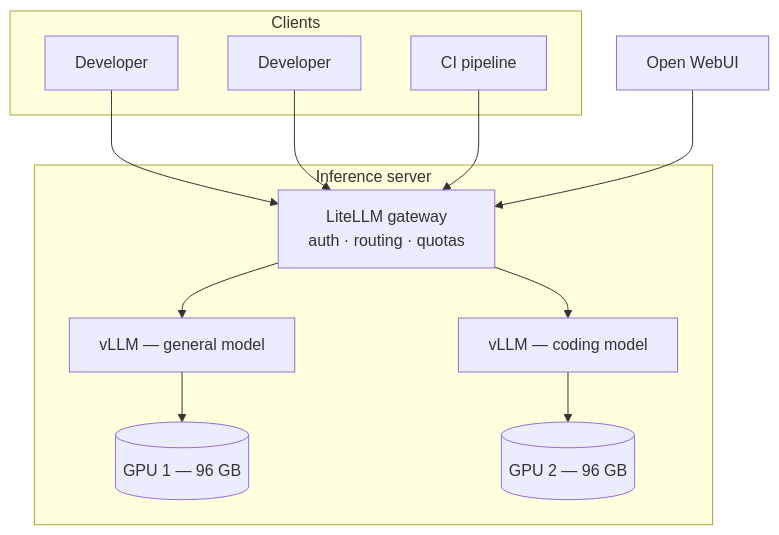
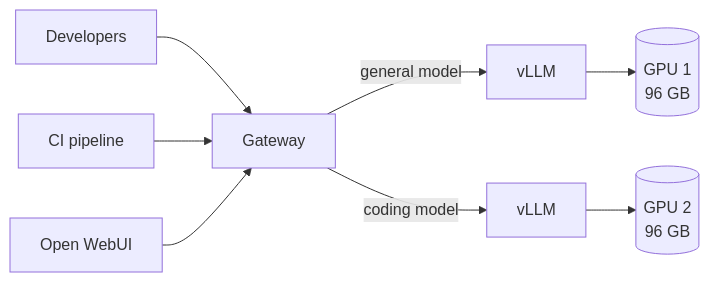
One commit to kamil-kielbasa/ai-infrastructure-book changed the second of 4 diagrams in book/11-reference-architectures.md. Above: the diagram before and after it, drawn with Mermaid. The commit also changed other lines of this file and 13 other files, not shown here.

Commit message:
feat: add context sizing, rework architectures, split chapter 12

````diff
--- a/book/11-reference-architectures.md
+++ b/book/11-reference-architectures.md
@@ -89,21 +102,19 @@
 ```mermaid
-flowchart TB
-    subgraph clients [Clients]
-        D1[Developer]
-        D2[Developer]
-        D3[CI pipeline]
-    end
-    subgraph server [Inference server]
-        GW[LiteLLM gateway<br/>auth · routing · quotas]
-        V1[vLLM — general model]
-        V2[vLLM — coding model]
-        GW --> V1
-        GW --> V2
-        V1 --> GPU1[(GPU 1 — 96 GB)]
-        V2 --> GPU2[(GPU 2 — 96 GB)]
-    end
+flowchart LR
+    D1[Developers]
+    D2[CI pipeline]
+    W[Open WebUI]
+    GW[Gateway]
+    V1[vLLM]
+    V2[vLLM]
+    G1[(GPU 1<br/>96 GB)]
+    G2[(GPU 2<br/>96 GB)]
+
     D1 --> GW
     D2 --> GW
-    D3 --> GW
-    WEB[Open WebUI] --> GW
+    W --> GW
+    GW -->|general model| V1
+    GW -->|coding model| V2
+    V1 --> G1
+    V2 --> G2
 ```
````
